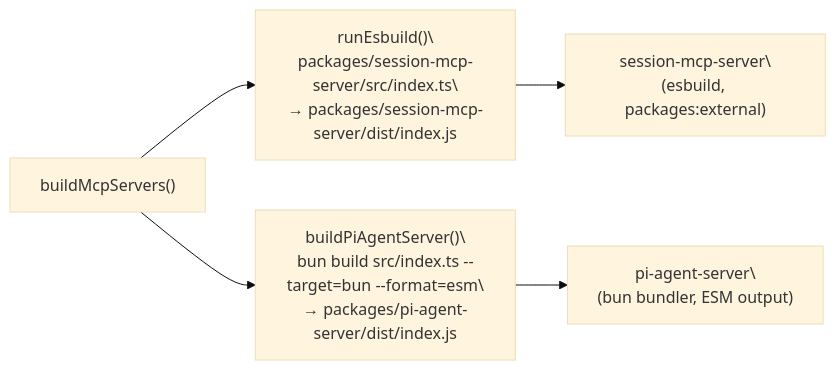
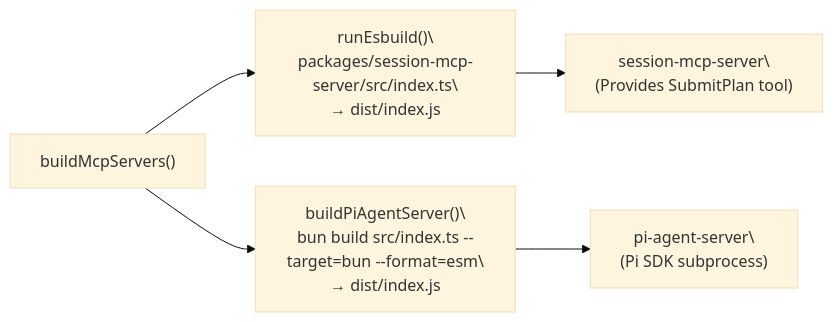
The second of 3 diagrams in docs/lukilabs_craft-agents-oss/development-guide/development-setup.md (blackcater/zentree), drawn with Mermaid (base theme) before and after one commit. The commit also changed other lines of this file and 232 other files, not shown here.

````diff
--- a/docs/lukilabs_craft-agents-oss/development-guide/development-setup.md
+++ b/docs/lukilabs_craft-agents-oss/development-guide/development-setup.md
@@ -168,13 +167,13 @@
 ```mermaid
 flowchart LR
   A["buildMcpServers()"] --> B["runEsbuild()\
 packages/session-mcp-server/src/index.ts\
-→ packages/session-mcp-server/dist/index.js"]
+→ dist/index.js"]
   A --> C["buildPiAgentServer()\
 bun build src/index.ts --target=bun --format=esm\
-→ packages/pi-agent-server/dist/index.js"]
+→ dist/index.js"]
   B --> D["session-mcp-server\
-(esbuild, packages:external)"]
+(Provides SubmitPlan tool)"]
   C --> E["pi-agent-server\
-(bun bundler, ESM output)"]
+(Pi SDK subprocess)"]
 ```
````
